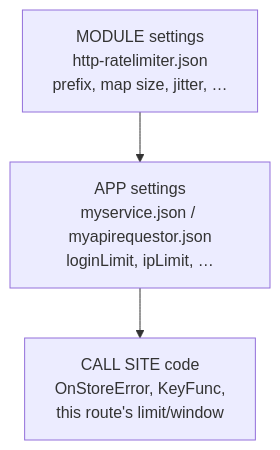
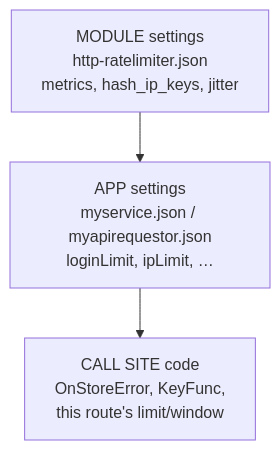
The first of 4 diagrams in README.md (caerus-framework/caerus-framework-http-ratelimiter), drawn with Mermaid before and after one commit. The commit also changed other lines of this file and 12 other files, not shown here.

````diff
--- a/README.md
+++ b/README.md
@@ -59,7 +58,7 @@
 ```mermaid
 flowchart TB
-  M["MODULE settings<br/>http-ratelimiter.json<br/>prefix, map size, jitter, …"]
+  M["MODULE settings<br/>http-ratelimiter.json<br/>metrics, hash_ip_keys, jitter"]
   A["APP settings<br/>myservice.json / myapirequestor.json<br/>loginLimit, ipLimit, …"]
   C["CALL SITE code<br/>OnStoreError, KeyFunc,<br/>this route's limit/window"]
   M --> A --> C
 ```
````
